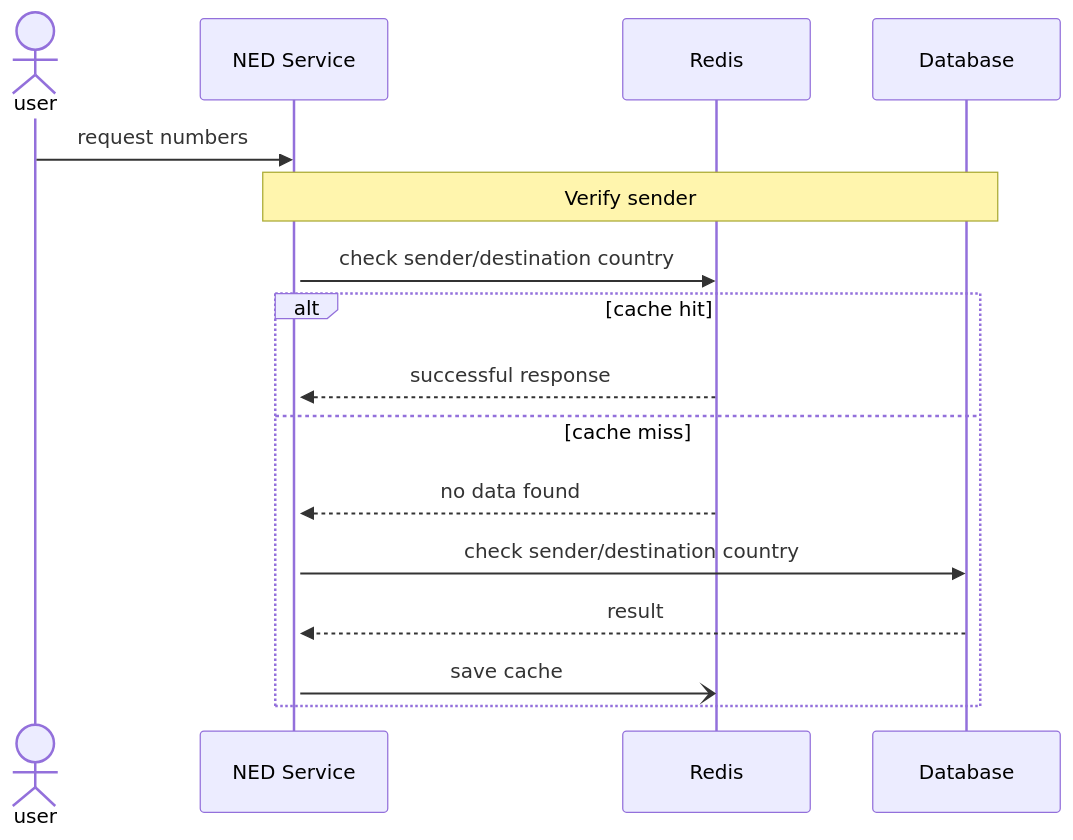
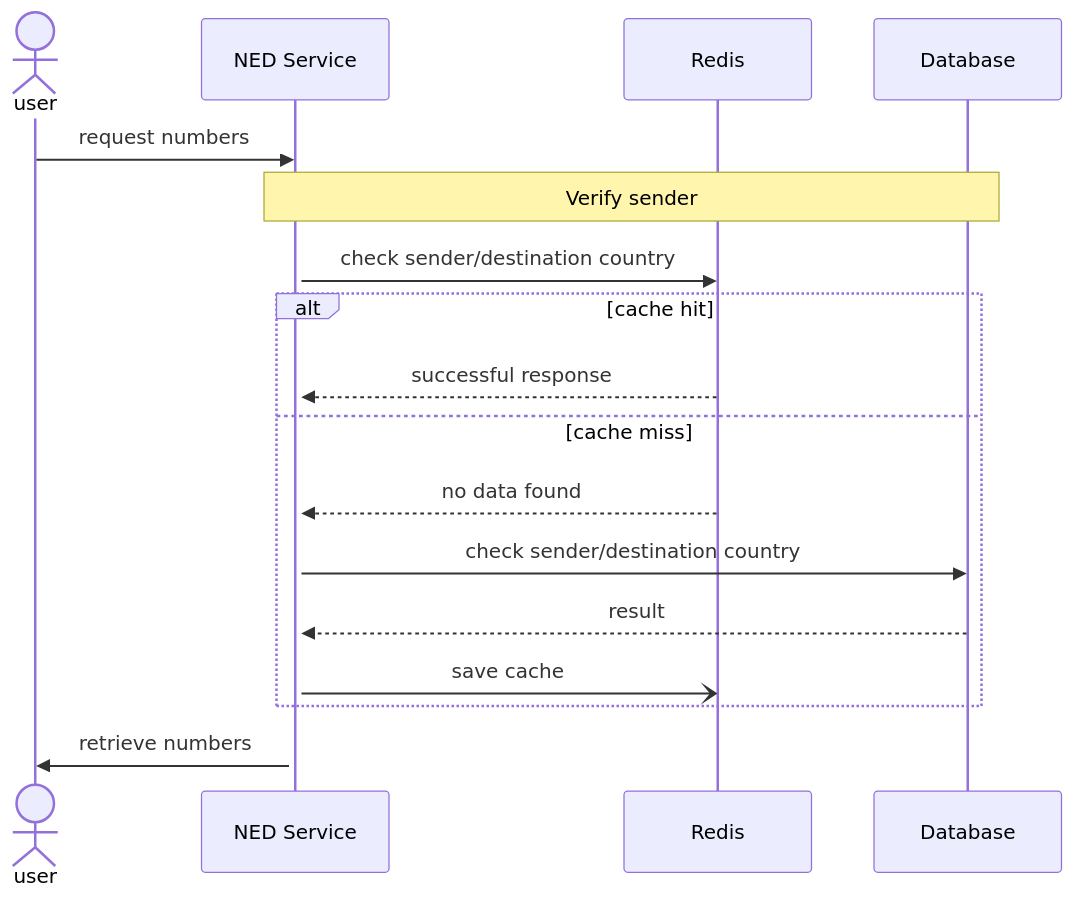
Before and after one commit to Andrew-Shepard/swe-final-project: the diagram in README.md, drawn with Mermaid.

Commit message:
Added the NED sending user numbers

````diff
--- a/README.md
+++ b/README.md
@@ -1,20 +1,21 @@
 ```mermaid
 sequenceDiagram
 
   actor U as user
   participant N as NED Service
   participant R as Redis
   participant D as Database
   U->>N: request numbers
   activate N
   Note over N,D: Verify sender
   N->>R: check sender/destination country
   alt cache hit
     R-->>N: successful response
   else cache miss
     R-->>N: no data found
     N->>D: check sender/destination country
     D-->>N: result
     N-)R: save cache
   end
+  N->>U: retrieve numbers
 ```
````
